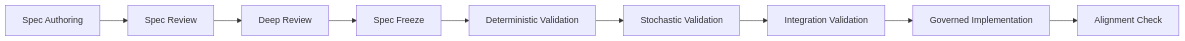
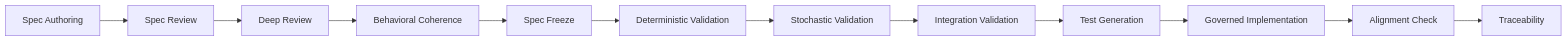
One commit to robenglander/lumiscape-book changed the second of 2 diagrams in whitepaper.md. Above: the diagram before and after it, drawn with Mermaid. The commit also changed other lines of this file and 16 other files, not shown here.

````diff
--- a/whitepaper.md
+++ b/whitepaper.md
@@ -292,11 +300,14 @@
 ```mermaid
 graph LR
     M1["Spec Authoring"] --> M2["Spec Review"]
     M2 --> M2b["Deep Review"]
-    M2b --> M3["Spec Freeze"]
+    M2b --> M2c["Behavioral Coherence"]
+    M2c --> M3["Spec Freeze"]
     M3 --> M4["Deterministic Validation"]
     M4 --> M5["Stochastic Validation"]
     M5 --> M6["Integration Validation"]
-    M6 --> M7["Governed Implementation"]
-    M7 --> M8["Alignment Check"]
+    M6 --> M7["Test Generation"]
+    M7 --> M8["Governed Implementation"]
+    M8 --> M8b["Alignment Check"]
+    M8b --> M9["Traceability"]
 ```
````
